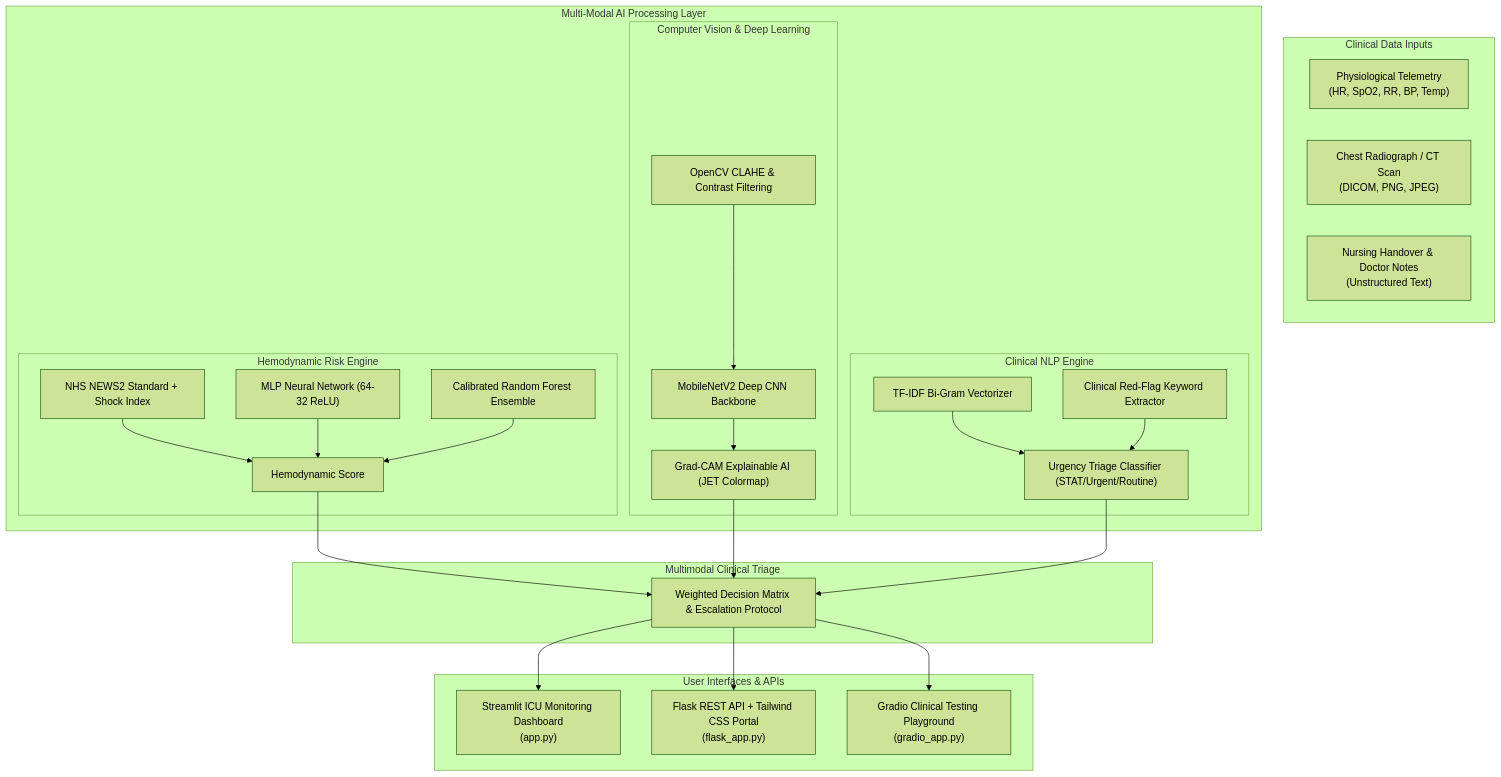
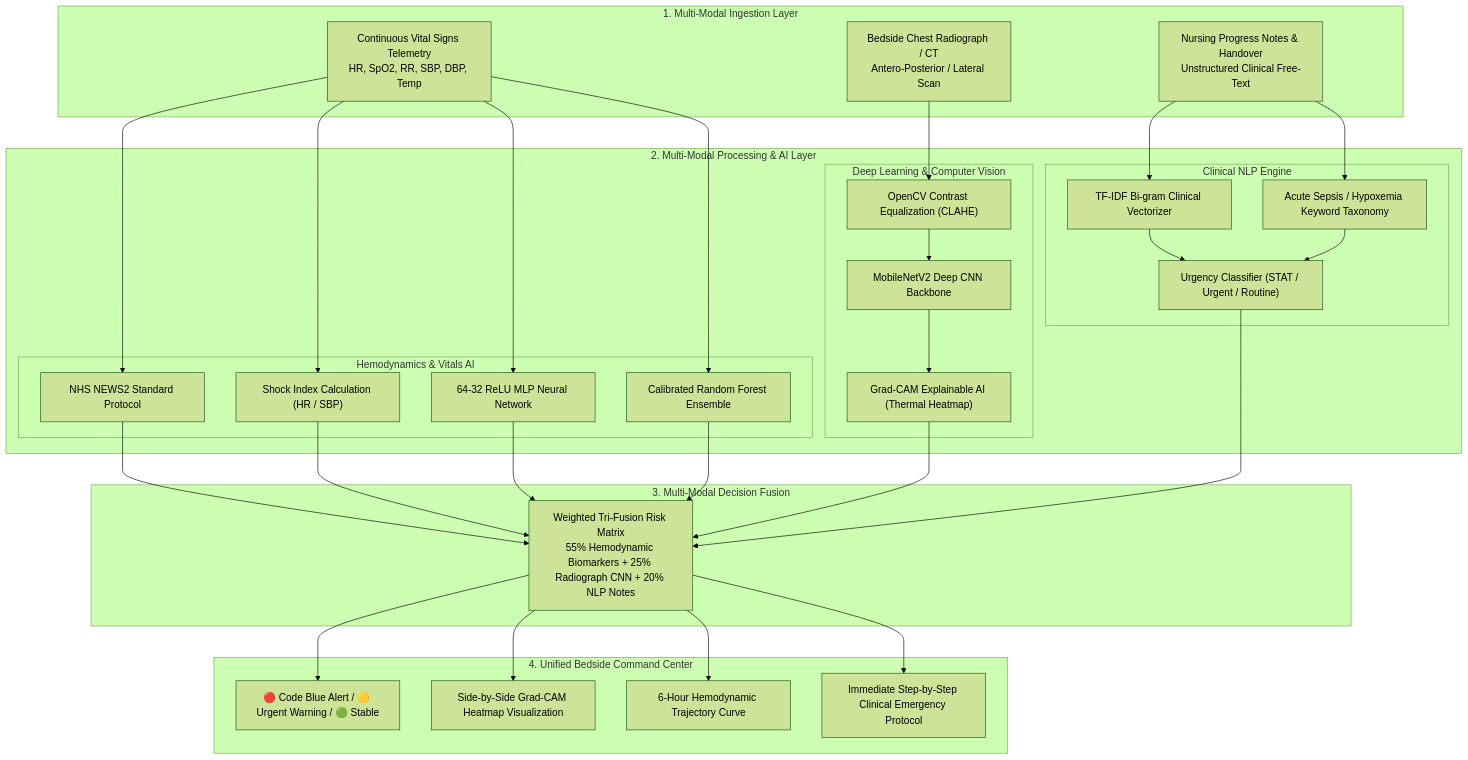
Before and after one commit to sonalim549-alt/early-acute-patient-deterioration-detector: the diagram in README.md, drawn with Mermaid (forest theme). The commit also changed other lines of this file, not shown here.

Commit message:
docs: complete advanced master portfolio documentation with architecture, problem statement, workflows, and benchmarks

````diff
--- a/README.md
+++ b/README.md
@@ -62,50 +42,47 @@
 ```mermaid
 flowchart TD
-    subgraph DataInputs["Clinical Data Inputs"]
-        Vitals["Physiological Telemetry<br>(HR, SpO2, RR, BP, Temp)"]
-        Imaging["Chest Radiograph / CT Scan<br>(DICOM, PNG, JPEG)"]
-        Notes["Nursing Handover & Doctor Notes<br>(Unstructured Text)"]
+    subgraph DataSources["1. Multi-Modal Ingestion Layer"]
+        V[Continuous Vital Signs Telemetry<br>HR, SpO2, RR, SBP, DBP, Temp]
+        I[Bedside Chest Radiograph / CT<br>Antero-Posterior / Lateral Scan]
+        N[Nursing Progress Notes & Handover<br>Unstructured Clinical Free-Text]
     end
 
-    subgraph AIModels["Multi-Modal AI Processing Layer"]
-        subgraph VitalsEngine["Hemodynamic Risk Engine"]
-            NEWS2["NHS NEWS2 Standard + Shock Index"]
-            MLP["MLP Neural Network (64-32 ReLU)"]
+    subgraph AIEngines["2. Multi-Modal Processing & AI Layer"]
+        subgraph Modality1["Hemodynamics & Vitals AI"]
+            NEWS["NHS NEWS2 Standard Protocol"]
+            SI["Shock Index Calculation (HR / SBP)"]
+            MLP["64-32 ReLU MLP Neural Network"]
             RF["Calibrated Random Forest Ensemble"]
-            NEWS2 --> VitalsScore["Hemodynamic Score"]
-            MLP --> VitalsScore
-            RF --> VitalsScore
+            V --> NEWS & SI & MLP & RF
         end
 
-        subgraph ImagingEngine["Computer Vision & Deep Learning"]
-            Preproc["OpenCV CLAHE & Contrast Filtering"]
+        subgraph Modality2["Deep Learning & Computer Vision"]
+            CLAHE["OpenCV Contrast Equalization (CLAHE)"]
             CNN["MobileNetV2 Deep CNN Backbone"]
-            GradCAM["Grad-CAM Explainable AI (JET Colormap)"]
-            Preproc --> CNN --> GradCAM
+            GCAM["Grad-CAM Explainable AI (Thermal Heatmap)"]
+            I --> CLAHE --> CNN --> GCAM
         end
 
-        subgraph NLPEngine["Clinical NLP Engine"]
-            TFIDF["TF-IDF Bi-Gram Vectorizer"]
-            Taxonomy["Clinical Red-Flag Keyword Extractor"]
-            Classifier["Urgency Triage Classifier (STAT/Urgent/Routine)"]
-            TFIDF --> Classifier
-            Taxonomy --> Classifier
+        subgraph Modality3["Clinical NLP Engine"]
+            TFIDF["TF-IDF Bi-gram Clinical Vectorizer"]
+            TAX["Acute Sepsis / Hypoxemia Keyword Taxonomy"]
+            NLPClf["Urgency Classifier (STAT / Urgent / Routine)"]
+            N --> TFIDF & TAX --> NLPClf
         end
     end
 
-    subgraph FusionLayer["Multimodal Clinical Triage"]
-        Fusion["Weighted Decision Matrix & Escalation Protocol"]
-        VitalsScore --> Fusion
-        GradCAM --> Fusion
-        Classifier --> Fusion
+    subgraph DecisionMatrix["3. Multi-Modal Decision Fusion"]
+        Fusion["Weighted Tri-Fusion Risk Matrix<br>55% Hemodynamic Biomarkers + 25% Radiograph CNN + 20% NLP Notes"]
+        NEWS & SI & MLP & RF --> Fusion
+        GCAM --> Fusion
+        NLPClf --> Fusion
     end
 
-    subgraph Deployment["User Interfaces & APIs"]
-        StreamlitUI["Streamlit ICU Monitoring Dashboard<br>(app.py)"]
-        FlaskAPI["Flask REST API + Tailwind CSS Portal<br>(flask_app.py)"]
-        GradioUI["Gradio Clinical Testing Playground<br>(gradio_app.py)"]
-        Fusion --> StreamlitUI
-        Fusion --> FlaskAPI
-        Fusion --> GradioUI
+    subgraph TriageOutput["4. Unified Bedside Command Center"]
+        Alert["🔴 Code Blue Alert / 🟡 Urgent Warning / 🟢 Stable"]
+        HeatmapUI["Side-by-Side Grad-CAM Heatmap Visualization"]
+        TrendUI["6-Hour Hemodynamic Trajectory Curve"]
+        ActionUI["Immediate Step-by-Step Clinical Emergency Protocol"]
+        Fusion --> Alert & HeatmapUI & TrendUI & ActionUI
     end
 ```
````
